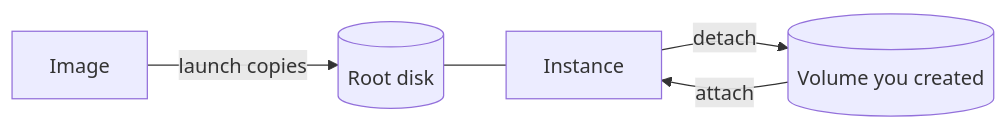
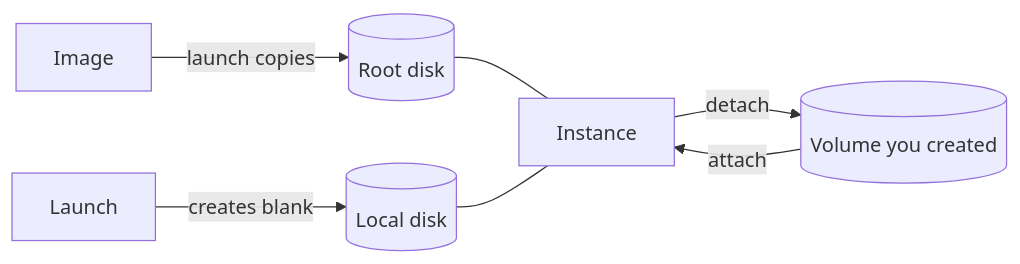
One commit to origincloudhq/docs changed the diagram in docs/compute/instance-storage/index.md. Above: the diagram before and after it, drawn with Mermaid. The commit also changed other lines of this file and 7 other files, not shown here.

````diff
--- a/docs/compute/instance-storage/index.md
+++ b/docs/compute/instance-storage/index.md
@@ -18,9 +18,11 @@
 ```mermaid
 flowchart LR
   accTitle: Where an instance's disks come from
-  accDescr: Launching from an image creates the root disk. A volume you create separately can be attached to the instance and detached again.
+  accDescr: Launching from an image creates the root disk. The launch also creates any local disks, blank, on the instance's machine. A volume you create separately can be attached to the instance and detached again.
   img[Image] -->|launch copies| root[(Root disk)]
   root --- inst[Instance]
+  launch[Launch] -->|creates blank| local[(Local disk)]
+  local --- inst
   vol[(Volume you created)] -->|attach| inst
   inst -->|detach| vol
 ```
````
